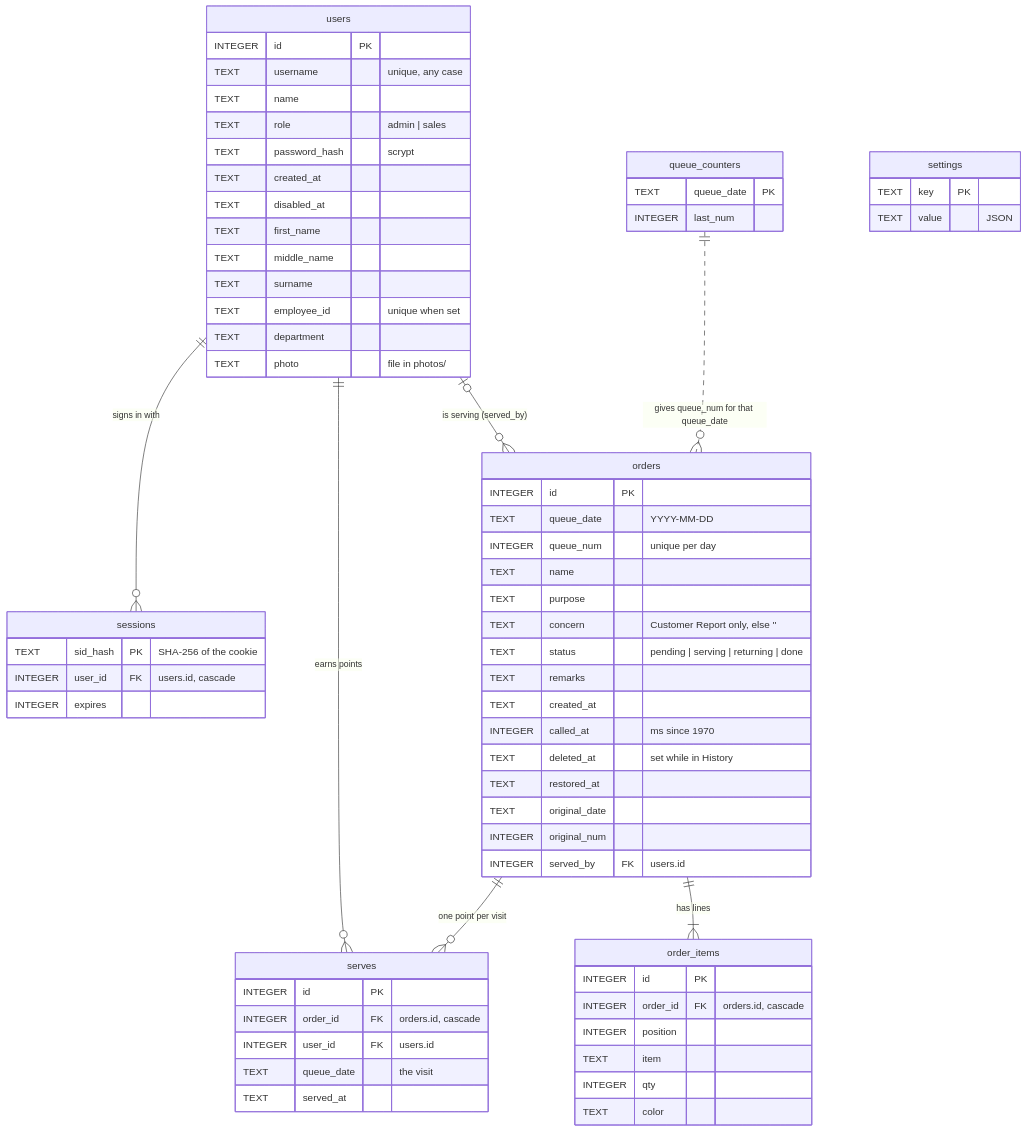
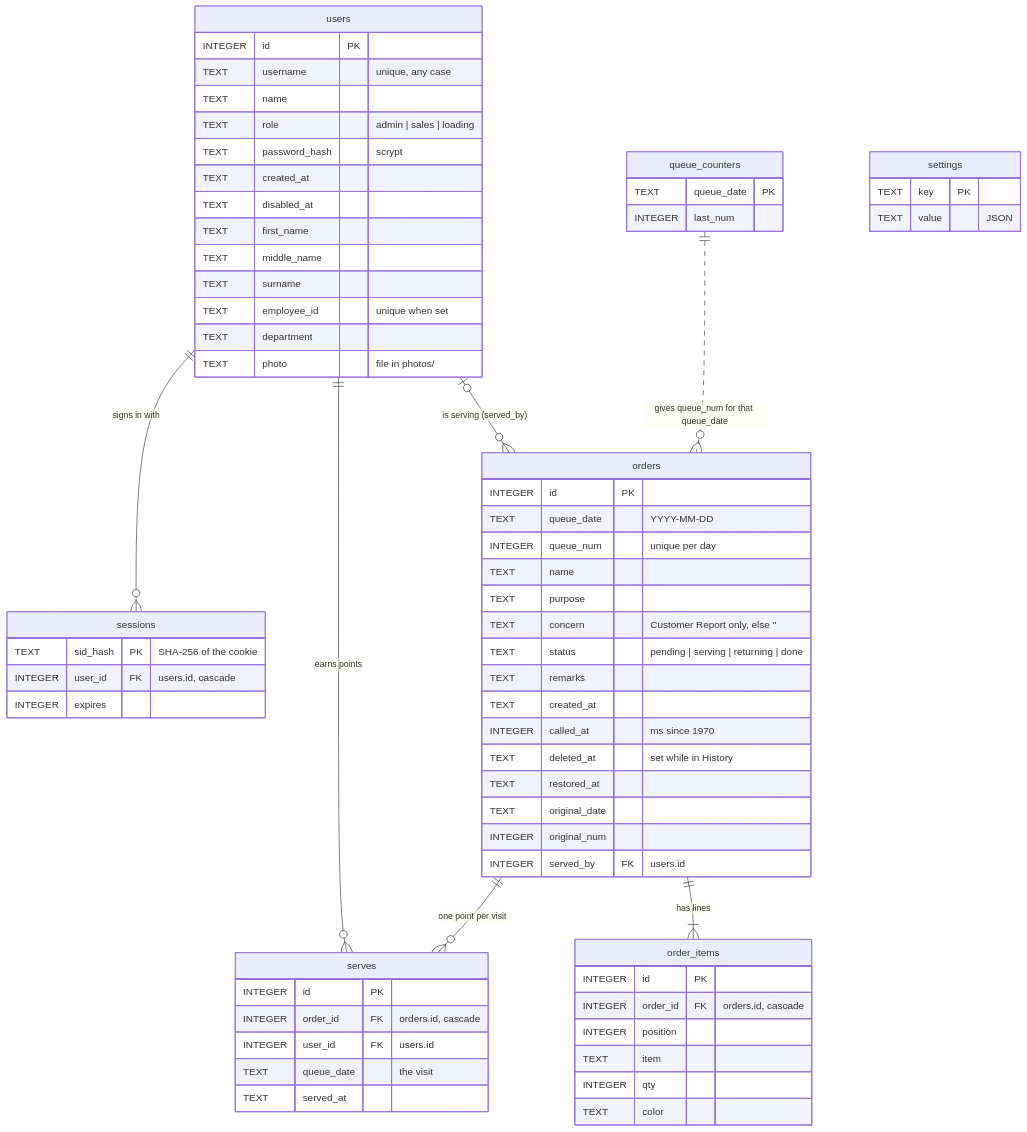
The second of 2 diagrams in DATABASE.md (gabrielgutz18/Sheehan-QMS), drawn with Mermaid before and after one commit. The commit also changed other lines of this file and 16 other files, not shown here.

Commit message:
Added: Loading role for roofings and steel

````diff
--- a/DATABASE.md
+++ b/DATABASE.md
@@ -203,70 +203,70 @@
 ```mermaid
 erDiagram
     users ||--o{ sessions : "signs in with"
     users ||--o{ serves : "earns points"
     users |o--o{ orders : "is serving (served_by)"
     orders ||--|{ order_items : "has lines"
     orders ||--o{ serves : "one point per visit"
     queue_counters ||..o{ orders : "gives queue_num for that queue_date"
 
     orders {
         INTEGER id PK
         TEXT queue_date "YYYY-MM-DD"
         INTEGER queue_num "unique per day"
         TEXT name
         TEXT purpose
         TEXT concern "Customer Report only, else ''"
         TEXT status "pending | serving | returning | done"
         TEXT remarks
         TEXT created_at
         INTEGER called_at "ms since 1970"
         TEXT deleted_at "set while in History"
         TEXT restored_at
         TEXT original_date
         INTEGER original_num
         INTEGER served_by FK "users.id"
     }
     order_items {
         INTEGER id PK
         INTEGER order_id FK "orders.id, cascade"
         INTEGER position
         TEXT item
         INTEGER qty
         TEXT color
     }
     queue_counters {
         TEXT queue_date PK
         INTEGER last_num
     }
     users {
         INTEGER id PK
         TEXT username "unique, any case"
         TEXT name
-        TEXT role "admin | sales"
+        TEXT role "admin | sales | loading"
         TEXT password_hash "scrypt"
         TEXT created_at
         TEXT disabled_at
         TEXT first_name
         TEXT middle_name
         TEXT surname
         TEXT employee_id "unique when set"
         TEXT department
         TEXT photo "file in photos/"
     }
     sessions {
         TEXT sid_hash PK "SHA-256 of the cookie"
         INTEGER user_id FK "users.id, cascade"
         INTEGER expires
     }
     serves {
         INTEGER id PK
         INTEGER order_id FK "orders.id, cascade"
         INTEGER user_id FK "users.id"
         TEXT queue_date "the visit"
         TEXT served_at
     }
     settings {
         TEXT key PK
         TEXT value "JSON"
     }
 ```
````
